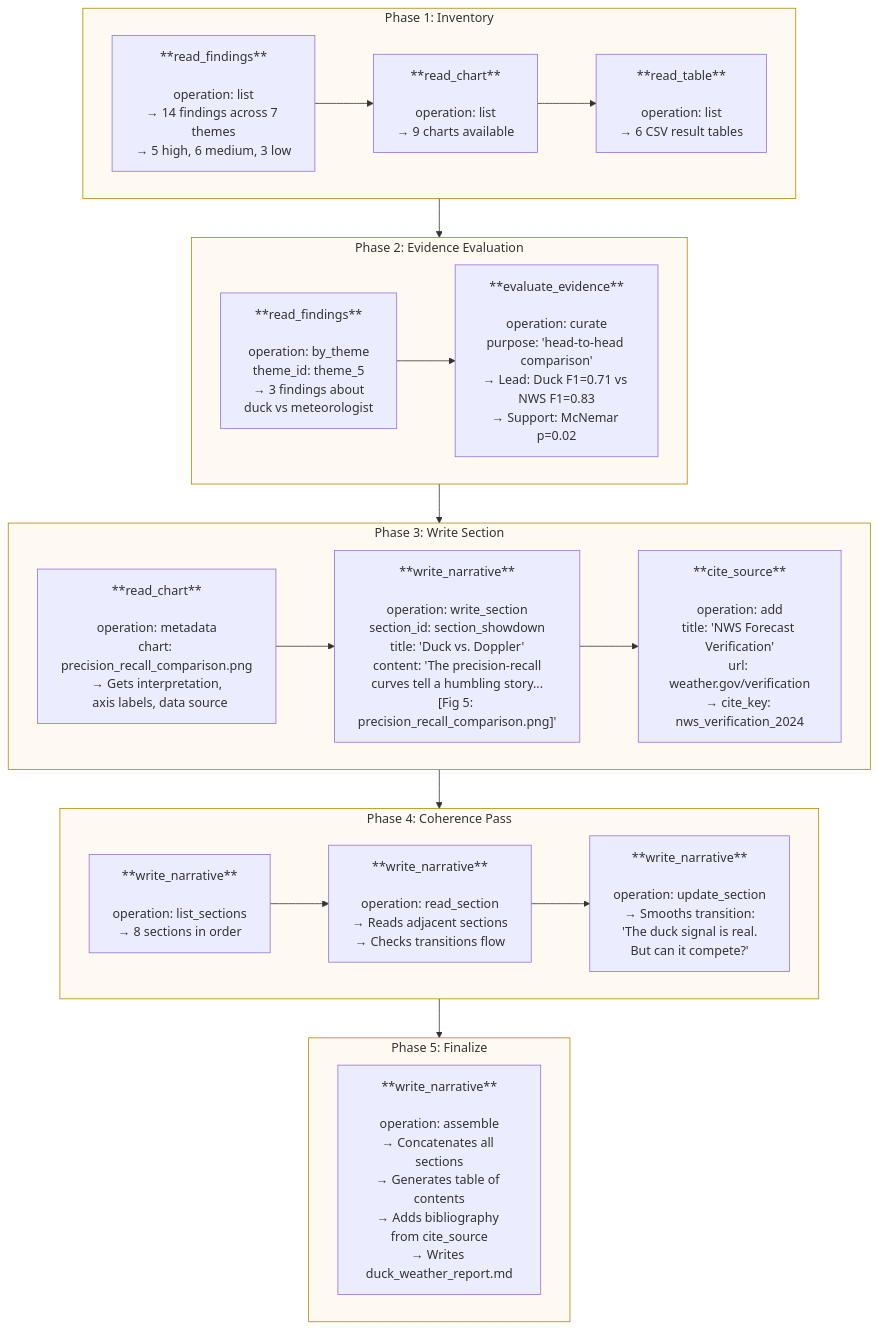
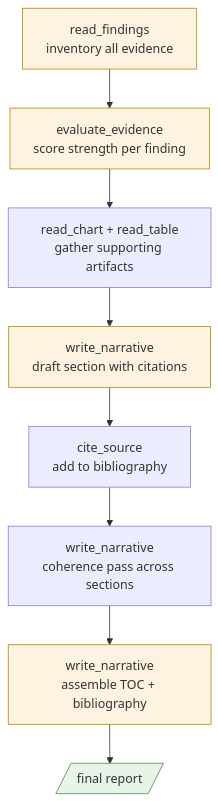
One commit to jweinberg-a2a/versifai-data-agents changed the tenth of 11 diagrams in docs/architecture.md. Above: the diagram before and after it, drawn with Mermaid. The commit also changed other lines of this file and 4 other files, not shown here.

Commit message:
diagrams fixed

````diff
--- a/docs/architecture.md
+++ b/docs/architecture.md
@@ -438,40 +305,16 @@
 ```mermaid
 flowchart TD
-    subgraph inventory["Phase 1: Inventory"]
-        RF["**read_findings**<br><br>operation: list<br>→ 14 findings across 7 themes<br>→ 5 high, 6 medium, 3 low"]
-        RF --> RC["**read_chart**<br><br>operation: list<br>→ 9 charts available"]
-        RC --> RT["**read_table**<br><br>operation: list<br>→ 6 CSV result tables"]
-    end
+    RF["read_findings<br>inventory all evidence"] --> EE["evaluate_evidence<br>score strength per finding"]
+    EE --> RC["read_chart + read_table<br>gather supporting artifacts"]
+    RC --> WN["write_narrative<br>draft section with citations"]
+    WN --> CS["cite_source<br>add to bibliography"]
+    CS --> COH["write_narrative<br>coherence pass across sections"]
+    COH --> ASM["write_narrative<br>assemble TOC + bibliography"]
+    ASM --> RPT[/"final report"/]
 
-    subgraph evidence["Phase 2: Evidence Evaluation"]
-        RF2["**read_findings**<br><br>operation: by_theme<br>theme_id: theme_5<br>→ 3 findings about<br>  duck vs meteorologist"]
-        RF2 --> EE["**evaluate_evidence**<br><br>operation: curate<br>purpose: 'head-to-head comparison'<br>→ Lead: Duck F1=0.71 vs NWS F1=0.83<br>→ Support: McNemar p=0.02"]
-    end
-
-    subgraph writing["Phase 3: Write Section"]
-        RC2["**read_chart**<br><br>operation: metadata<br>chart: precision_recall_comparison.png<br>→ Gets interpretation,<br>  axis labels, data source"]
-        RC2 --> WN["**write_narrative**<br><br>operation: write_section<br>section_id: section_showdown<br>title: 'Duck vs. Doppler'<br>content: 'The precision-recall<br>curves tell a humbling story...<br>[Fig 5: precision_recall_comparison.png]'"]
-        WN --> CS["**cite_source**<br><br>operation: add<br>title: 'NWS Forecast Verification'<br>url: weather.gov/verification<br>→ cite_key: nws_verification_2024"]
-    end
-
-    subgraph coherence["Phase 4: Coherence Pass"]
-        LIST_SEC["**write_narrative**<br><br>operation: list_sections<br>→ 8 sections in order"]
-        LIST_SEC --> READ_SEC["**write_narrative**<br><br>operation: read_section<br>→ Reads adjacent sections<br>→ Checks transitions flow"]
-        READ_SEC --> UPDATE["**write_narrative**<br><br>operation: update_section<br>→ Smooths transition:<br>'The duck signal is real.<br>But can it compete?'"]
-    end
-
-    subgraph finalize["Phase 5: Finalize"]
-        ASSEMBLE["**write_narrative**<br><br>operation: assemble<br>→ Concatenates all sections<br>→ Generates table of contents<br>→ Adds bibliography from cite_source<br>→ Writes duck_weather_report.md"]
-    end
-
-    inventory --> evidence
-    evidence --> writing
-    writing --> coherence
-    coherence --> finalize
-
-    style inventory fill:#fefaf2,stroke:#b38600
-    style evidence fill:#fefaf2,stroke:#b38600
-    style writing fill:#fefaf2,stroke:#b38600
-    style coherence fill:#fefaf2,stroke:#b38600
-    style finalize fill:#fefaf2,stroke:#b38600
+    style RF fill:#fef3e0,stroke:#b38600
+    style EE fill:#fef3e0,stroke:#b38600
+    style WN fill:#fef3e0,stroke:#b38600
+    style ASM fill:#fef3e0,stroke:#b38600
+    style RPT fill:#e8f4e8,stroke:#4a8a4a
 ```
````
